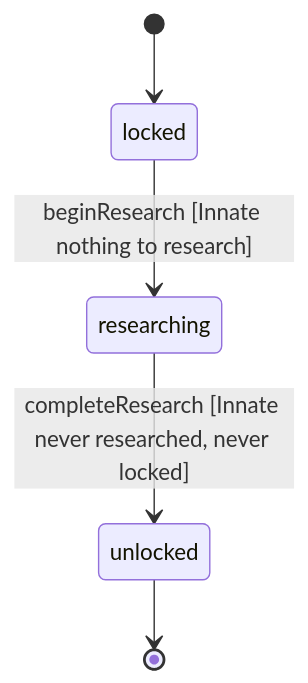
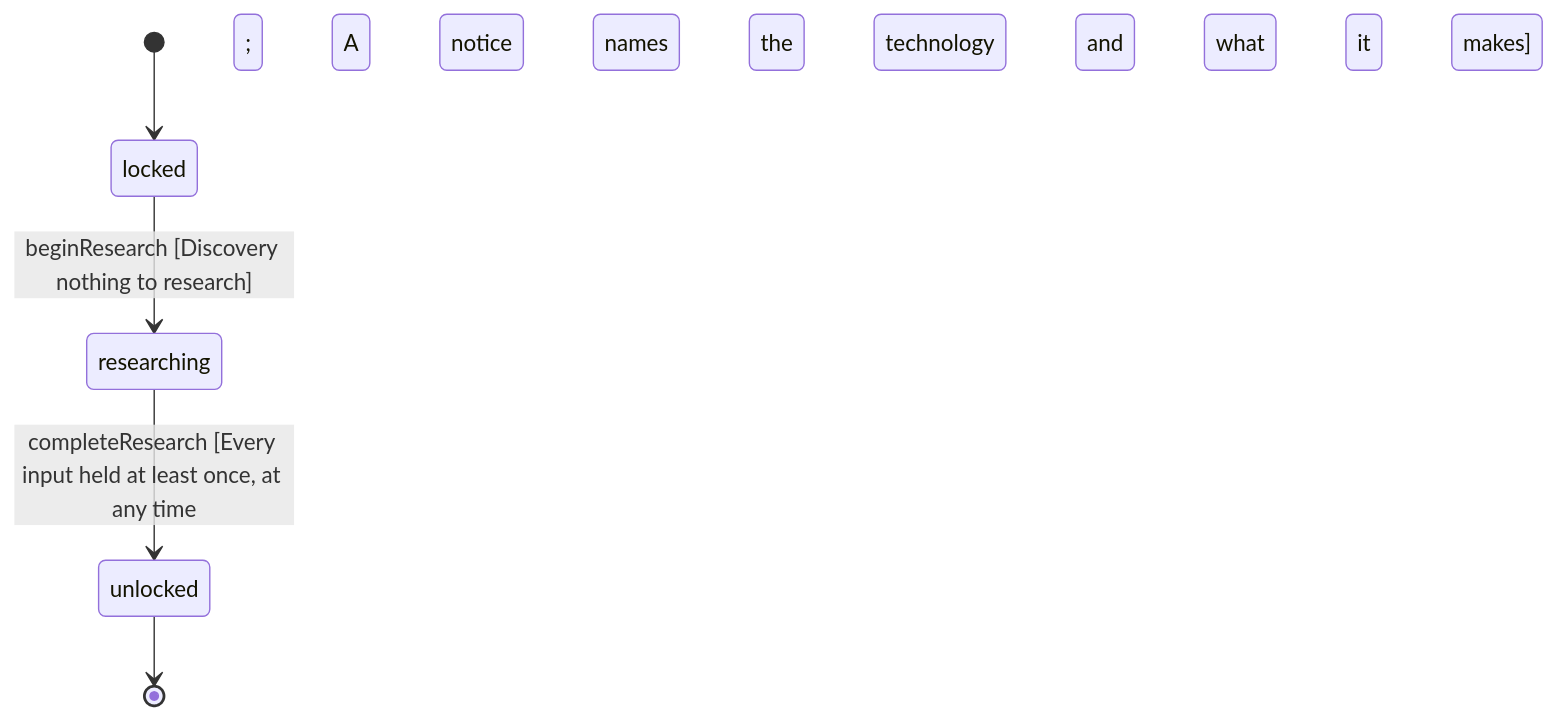
The diagram in wiki/entities/techstonetools.md (Tubaleviao/project-nihon), drawn with Mermaid before and after one commit. The commit also changed other lines of this file and 49 other files, not shown here.

First line of the commit message:
fabric(stone-tools): discovery technology, stone hammer, bench rule (Phase 260)

````diff
--- a/wiki/entities/techstonetools.md
+++ b/wiki/entities/techstonetools.md
@@ -34,7 +35,7 @@
 ```mermaid
 stateDiagram-v2
   [*] --> locked
-  locked --> researching : beginResearch [Innate nothing to research]
-  researching --> unlocked : completeResearch [Innate never researched, never locked]
+  locked --> researching : beginResearch [Discovery nothing to research]
+  researching --> unlocked : completeResearch [Every input held at least once, at any time; A notice names the technology and what it makes]
   unlocked --> [*]
 ```
````
